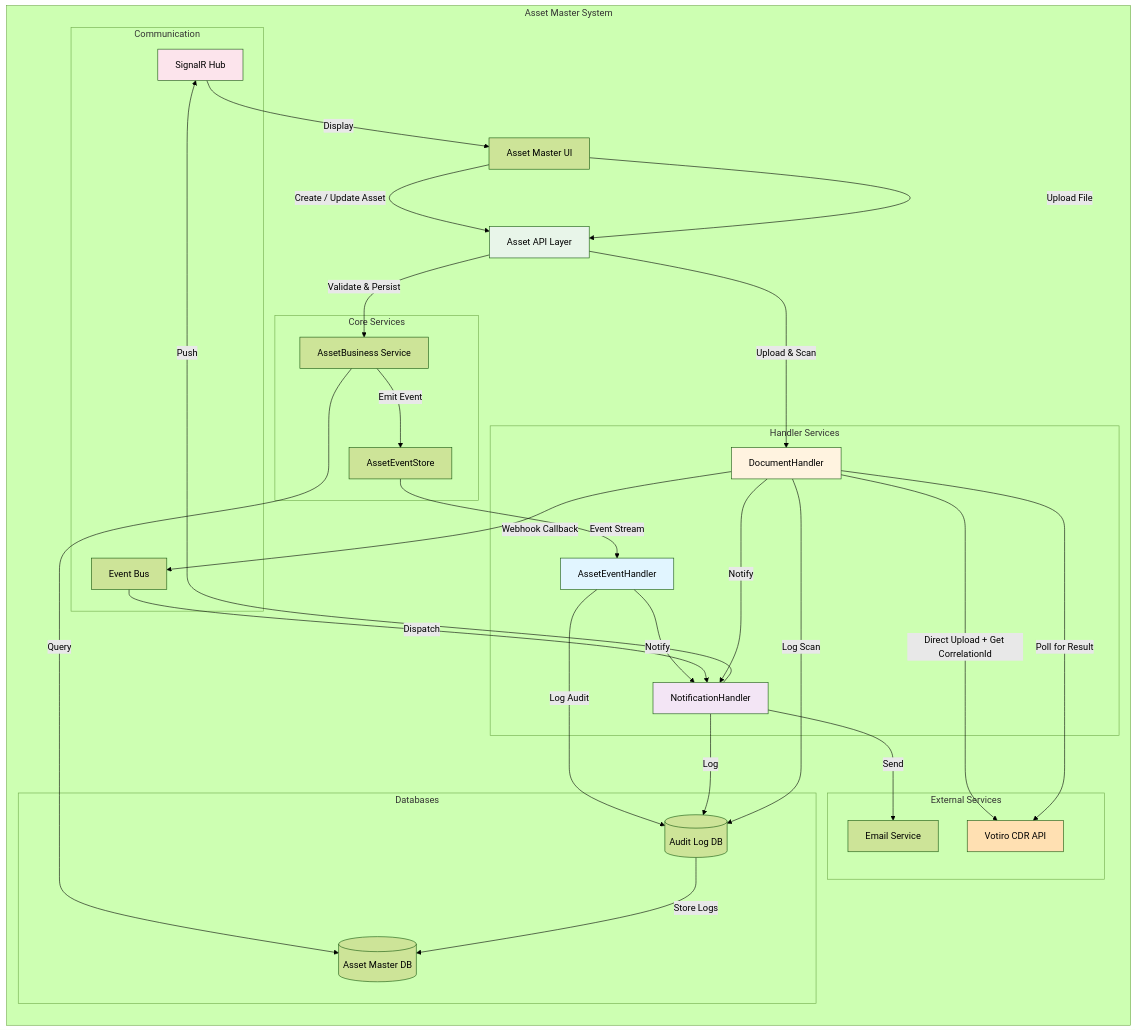
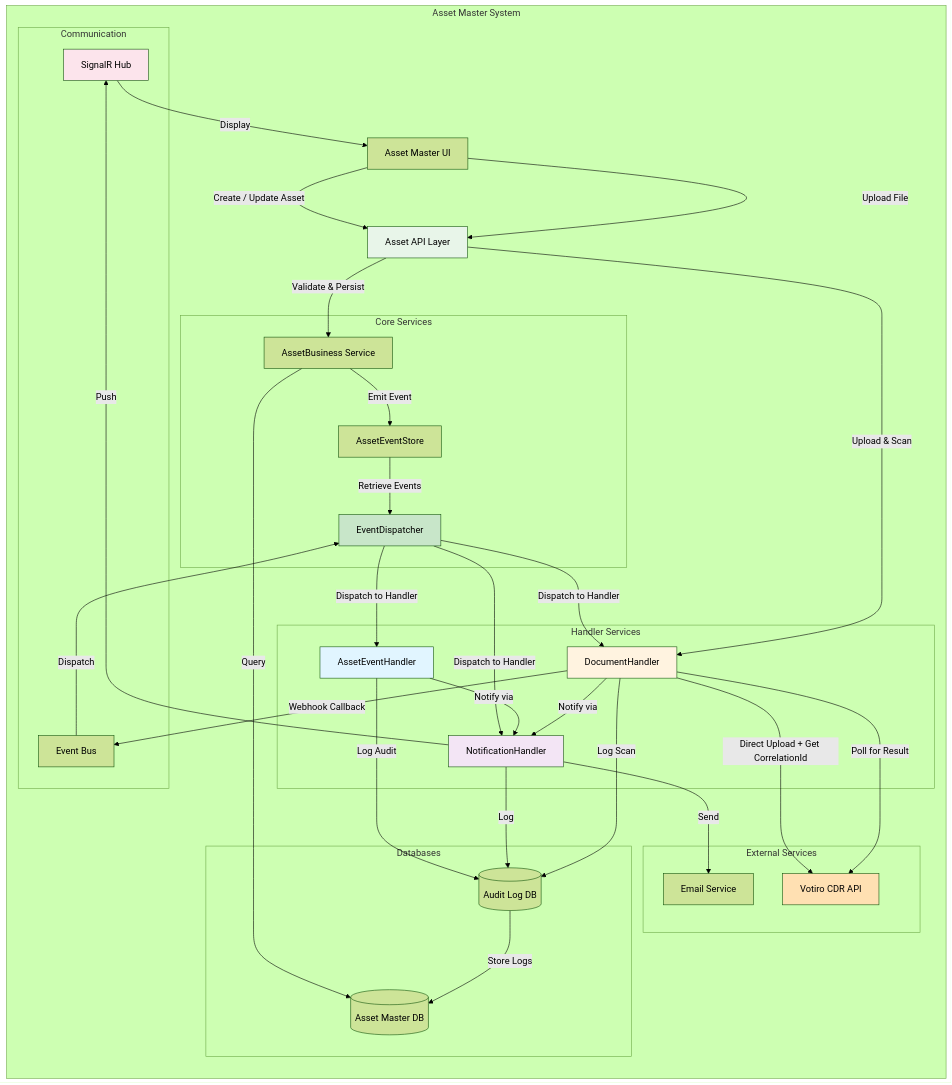
The first of 4 diagrams in asset-management/diagrams/03_Component_Class_Diagrams.md (arup-ghosh-maersk/cia-lld), drawn with Mermaid (forest theme) before and after one commit. The commit also changed other lines of this file, not shown here.

Commit message:
dispatcher

````diff
--- a/asset-management/diagrams/03_Component_Class_Diagrams.md
+++ b/asset-management/diagrams/03_Component_Class_Diagrams.md
@@ -9,65 +9,71 @@
 ```mermaid
 graph LR
     subgraph "Asset Master System"
         UI[Asset Master UI]
         API[Asset API Layer]
 
         subgraph "Core Services"
             AES[AssetEventStore]
             AB[AssetBusiness Service]
+            ED[EventDispatcher]
         end
 
         subgraph "Handler Services"
             AEH[AssetEventHandler]
             NH[NotificationHandler]
             DH[DocumentHandler]
         end
 
         subgraph "External Services"
             VOTIRO[Votiro CDR API]
             EMAIL[Email Service]
         end
 
         subgraph "Databases"
             ASSETDB[(Asset Master DB)]
             AUDITDB[(Audit Log DB)]
         end
 
         subgraph "Communication"
             SIGNALR[SignalR Hub]
             WEBHOOK[Event Bus]
         end
     end
 
     UI -->|Create / Update Asset| API
     API -->|Validate & Persist| AB
     AB -->|Emit Event| AES
 
-    AES -->|Event Stream| AEH
+    AES -->|Retrieve Events| ED
+    ED -->|Dispatch to Handler| AEH
+    ED -->|Dispatch to Handler| NH
+    ED -->|Dispatch to Handler| DH
+    
     AEH -->|Log Audit| AUDITDB
-    AEH -->|Notify| NH
+    AEH -->|Notify via| NH
 
     NH -->|Push| SIGNALR
     NH -->|Send| EMAIL
     NH -->|Log| AUDITDB
     SIGNALR -->|Display| UI
 
     UI -->|Upload File| API
     API -->|Upload & Scan| DH
     DH -->|Direct Upload + Get CorrelationId| VOTIRO
     DH -->|Poll for Result| VOTIRO
     DH -->|Webhook Callback| WEBHOOK
-    WEBHOOK -->|Dispatch| NH
+    WEBHOOK -->|Dispatch| ED
     DH -->|Log Scan| AUDITDB
-    DH -->|Notify| NH
+    DH -->|Notify via| NH
 
     AB -->|Query| ASSETDB
     AUDITDB -->|Store Logs| ASSETDB
 
+    style ED fill:#c8e6c9
     style AEH fill:#e1f5ff
     style NH fill:#f3e5f5
     style DH fill:#fff3e0
     style API fill:#e8f5e9
     style SIGNALR fill:#fce4ec
     style VOTIRO fill:#ffe0b2
 ```
````
